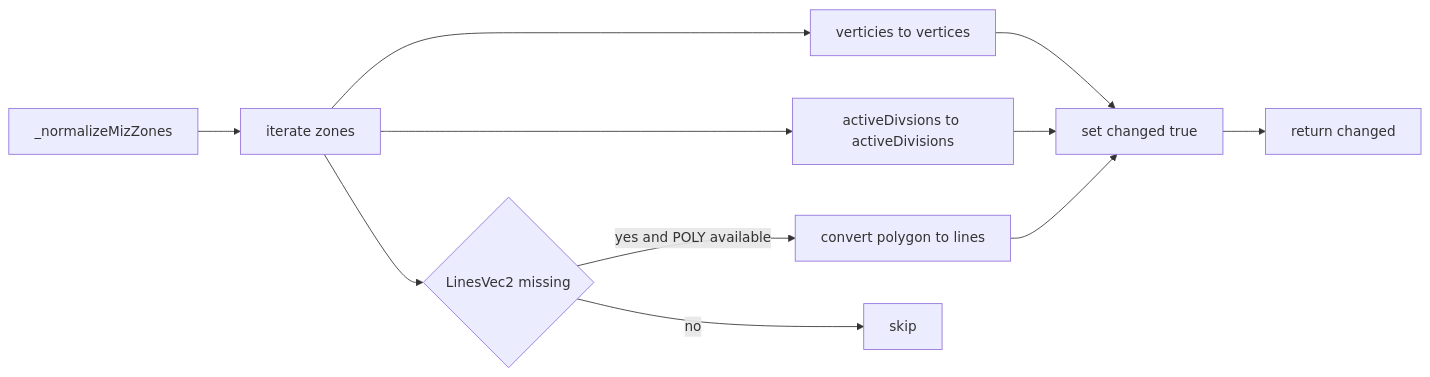
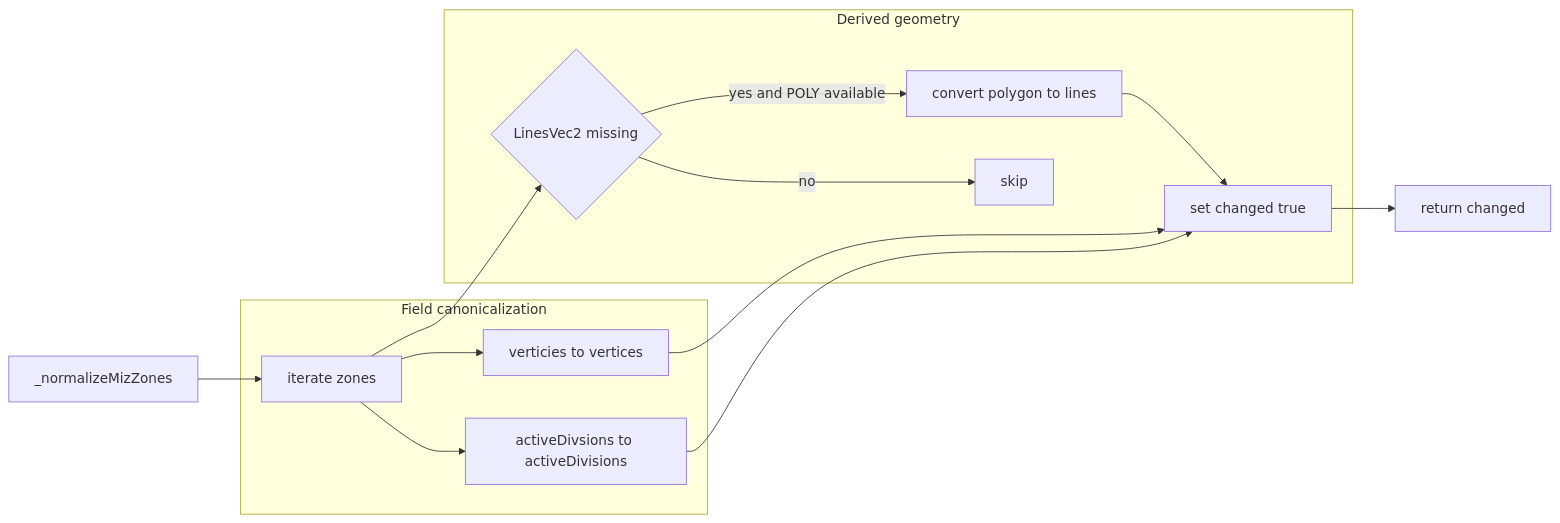
The third of 7 diagrams in docs/zone_manager/zone_data.md (Gh0st352/AETHR), drawn with Mermaid before and after one commit. The commit also changed other lines of this file and 6 other files, not shown here.

Commit message:
docs(zone_manager, mermaid): normalize headings, restructure Mermaid diagrams, and add shared theme & class annotations

````diff
--- a/docs/zone_manager/zone_data.md
+++ b/docs/zone_manager/zone_data.md
@@ -76,13 +94,22 @@
 ```mermaid
+%% shared theme: docs/_mermaid/theme.json %%
 flowchart LR
   N1[_normalizeMizZones] --> N2[iterate zones]
-  N2 --> N3[verticies to vertices]
-  N2 --> N4[activeDivsions to activeDivisions]
-  N2 --> N5{LinesVec2 missing}
-  N5 -->|yes and POLY available| N6[convert polygon to lines]
-  N5 -->|no| N7[skip]
-  N6 --> N8[set changed true]
+  subgraph "Field canonicalization"
+    N2 --> N3[verticies to vertices]
+    N2 --> N4[activeDivsions to activeDivisions]
+  end
+  subgraph "Derived geometry"
+    N2 --> N5{LinesVec2 missing}
+    N5 -->|yes and POLY available| N6[convert polygon to lines]
+    N5 -->|no| N7[skip]
+    N6 --> N8[set changed true]
+  end
   N3 --> N8
   N4 --> N8
   N8 --> N9[return changed]
+  class N1,N2,N3,N4,N8 class_step;
+  class N5 class_decision;
+  class N6 class_compute;
+  class N9 class_result;
 ```
````
